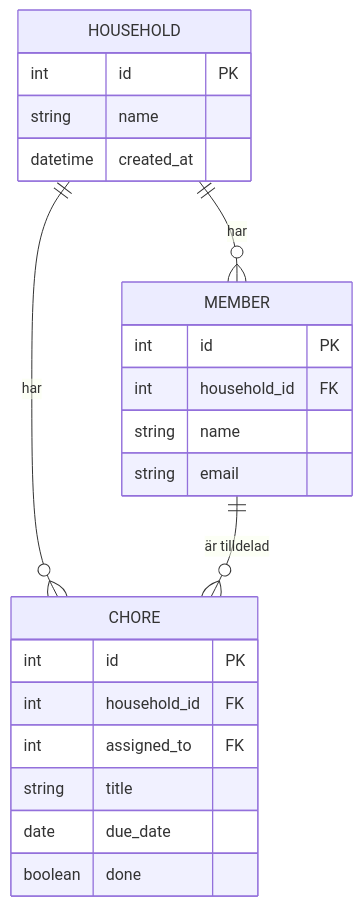
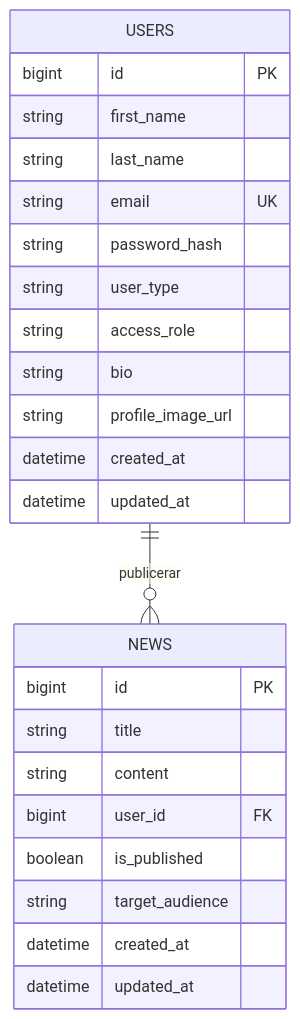
One commit to TH-SuperTeam/project-intranet changed the diagram in docs/databasschema.md. Above: the diagram before and after it, drawn with Mermaid. The commit also changed other lines of this file, not shown here.

First line of the commit message:
Revise databasschema with users and news details

````diff
--- a/docs/databasschema.md
+++ b/docs/databasschema.md
@@ -19,26 +8,29 @@
 ```mermaid
 erDiagram
-    HOUSEHOLD ||--o{ MEMBER : har
-    HOUSEHOLD ||--o{ CHORE : har
-    MEMBER ||--o{ CHORE : "är tilldelad"
+    USERS ||--o{ NEWS : publicerar
 
-    HOUSEHOLD {
-        int id PK
-        string name
+    USERS {
+        bigint id PK
+        string first_name
+        string last_name
+        string email UK
+        string password_hash
+        string user_type
+        string access_role
+        string bio
+        string profile_image_url
         datetime created_at
+        datetime updated_at
     }
-    MEMBER {
-        int id PK
-        int household_id FK
-        string name
-        string email
-    }
-    CHORE {
-        int id PK
-        int household_id FK
-        int assigned_to FK
+
+    NEWS {
+        bigint id PK
         string title
-        date due_date
-        boolean done
+        string content
+        bigint user_id FK
+        boolean is_published
+        string target_audience
+        datetime created_at
+        datetime updated_at
     }
 ```
````
